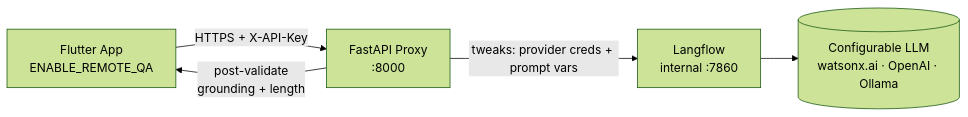
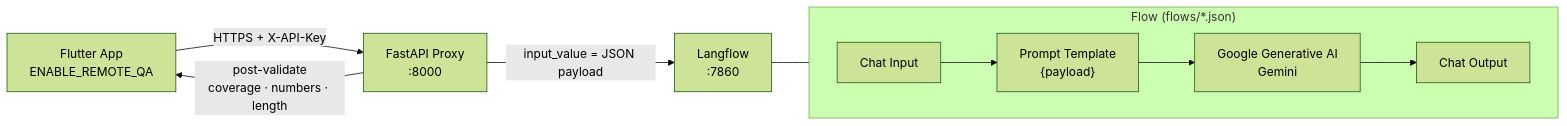
The diagram in README.md (Nino231/visionassist_backend), drawn with Mermaid (forest theme) before and after one commit. The commit also changed other lines of this file, not shown here.

````diff
--- a/README.md
+++ b/README.md
@@ -28,7 +142,11 @@
 ```mermaid
 flowchart LR
     APP[Flutter App\nENABLE_REMOTE_QA] -->|HTTPS + X-API-Key| API[FastAPI Proxy\n:8000]
-    API -->|tweaks: provider creds + prompt vars| LF[Langflow\ninternal :7860]
-    LF --> LLM[(Configurable LLM\nwatsonx.ai · OpenAI · Ollama)]
-    API -->|post-validate\ngrounding + length| APP
+    API -->|input_value = JSON payload| LF[Langflow\n:7860]
+    subgraph Flow["Flow (flows/*.json)"]
+        direction LR
+        CI[Chat Input] --> PT["Prompt Template\n{payload}"] --> LLM[Google Generative AI\nGemini] --> CO[Chat Output]
+    end
+    LF --- Flow
+    API -->|post-validate\ncoverage · numbers · length| APP
 ```
````
